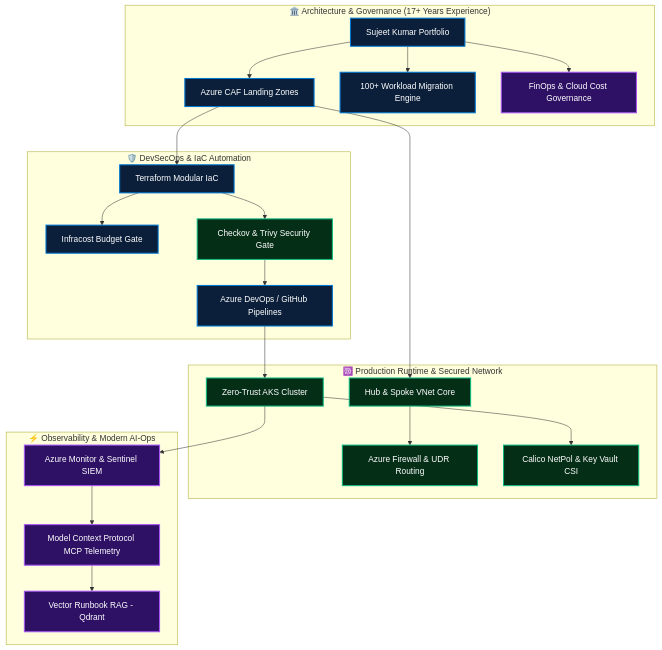
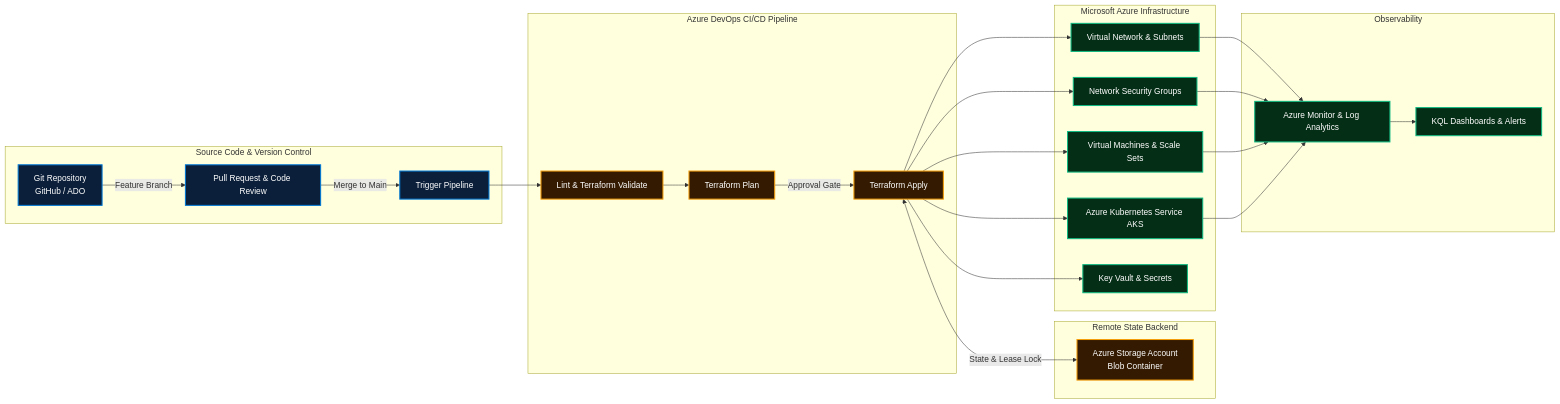
The diagram in README.md (Sujeetkumar122/Sujeetkumar122), drawn with Mermaid before and after one commit. The commit also changed other lines of this file and 2 other files, not shown here.

Commit message:
feat: authentic senior devops & azure engineer profile without artificial buzzwords

````diff
--- a/README.md
+++ b/README.md
@@ -37,36 +40,37 @@
 ```mermaid
-flowchart TD
-    subgraph Core["🏛️ Architecture & Governance (17+ Years Experience)"]
-        A[Sujeet Kumar Portfolio] --> B[Azure CAF Landing Zones]
-        A --> C[100+ Workload Migration Engine]
-        A --> D[FinOps & Cloud Cost Governance]
+flowchart LR
+    subgraph SCM["Source Code & Version Control"]
+        A[Git Repository<br/>GitHub / ADO] -->|Feature Branch| B[Pull Request & Code Review]
+        B -->|Merge to Main| C[Trigger Pipeline]
     end
 
-    subgraph DevSecOps["🛡️ DevSecOps & IaC Automation"]
-        B --> E[Terraform Modular IaC]
-        E --> F[Infracost Budget Gate]
-        E --> G[Checkov & Trivy Security Gate]
-        G --> H[Azure DevOps / GitHub Pipelines]
+    subgraph ADO["Azure DevOps CI/CD Pipeline"]
+        C --> D[Lint & Terraform Validate]
+        D --> E[Terraform Plan]
+        E -->|Approval Gate| F[Terraform Apply]
     end
 
-    subgraph Runtime["☸️ Production Runtime & Secured Network"]
-        H --> L[Zero-Trust AKS Cluster]
-        B --> N[Hub & Spoke VNet Core]
-        N --> O[Azure Firewall & UDR Routing]
-        L --> M[Calico NetPol & Key Vault CSI]
+    subgraph State["Remote State Backend"]
+        F <-->|State & Lease Lock| G[Azure Storage Account<br/>Blob Container]
     end
 
-    subgraph SRE["⚡ Observability & Modern AI-Ops"]
-        L --> P[Azure Monitor & Sentinel SIEM]
-        P --> Q[Model Context Protocol MCP Telemetry]
-        Q --> R[Vector Runbook RAG - Qdrant]
+    subgraph Azure["Microsoft Azure Infrastructure"]
+        F --> H[Virtual Network & Subnets]
+        F --> I[Network Security Groups]
+        F --> J[Virtual Machines & Scale Sets]
+        F --> K[Azure Kubernetes Service AKS]
+        F --> L[Key Vault & Secrets]
+    end
+
+    subgraph Monitor["Observability"]
+        H & I & J & K --> M[Azure Monitor & Log Analytics]
+        M --> N[KQL Dashboards & Alerts]
     end
 
     classDef blue fill:#0B1F3A,stroke:#0078D4,stroke-width:2px,color:#fff;
     classDef green fill:#052e16,stroke:#10b981,stroke-width:2px,color:#fff;
-    classDef purple fill:#2e1065,stroke:#a855f7,stroke-width:2px,color:#fff;
     classDef amber fill:#331a00,stroke:#f59e0b,stroke-width:2px,color:#fff;
-    class A,B,C,E,F,H blue;
-    class G,L,M,N,O green;
-    class D,P,Q,R purple;
+    class A,B,C blue;
+    class D,E,F,G amber;
+    class H,I,J,K,L,M,N green;
 ```
````
